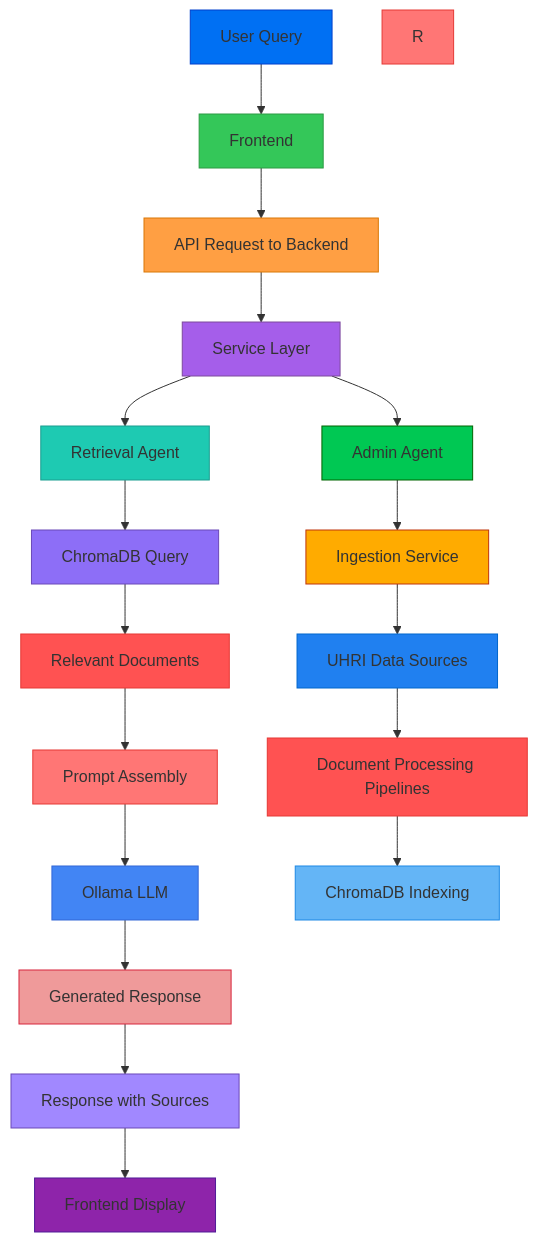
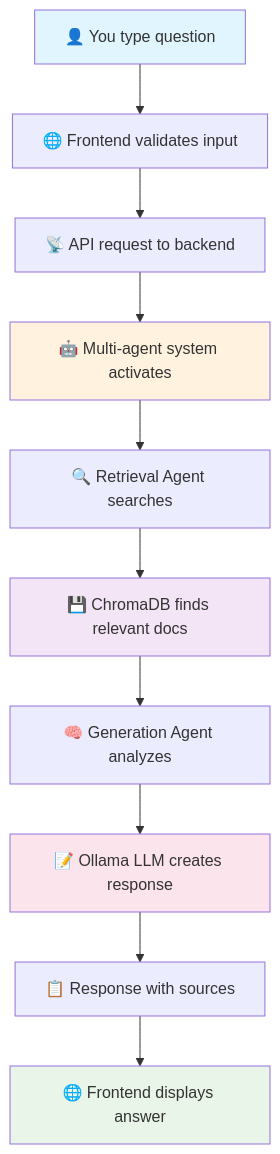
Before and after one commit to owezzy/HRAS: the diagram in docs/ARCHITECTURE.md, drawn with Mermaid. The commit also changed other lines of this file and 9 other files, not shown here.

````diff
--- a/docs/ARCHITECTURE.md
+++ b/docs/ARCHITECTURE.md
@@ -65,39 +64,18 @@
 ```mermaid
 graph TD
-    A[User Query] --> B[Frontend]
-    B --> C[API Request to Backend]
-    C --> D[Service Layer]
-    D --> E[Retrieval Agent]
-    E --> F[ChromaDB Query]
-    F --> G[Relevant Documents]
-    G --> H[Prompt Assembly]
-    H --> I[Ollama LLM]
-    I --> J[Generated Response]
-    J --> K[Response with Sources]
-    K --> L[Frontend Display]
+    A[👤 You type question] --> B[🌐 Frontend validates input]
+    B --> C[📡 API request to backend]
+    C --> D[🤖 Multi-agent system activates]
+    D --> E[🔍 Retrieval Agent searches]
+    E --> F[💾 ChromaDB finds relevant docs]
+    F --> G[🧠 Generation Agent analyzes]
+    G --> H[📝 Ollama LLM creates response]
+    H --> I[📋 Response with sources]
+    I --> J[🌐 Frontend displays answer]
     
-    D --> M[Admin Agent]
-    M --> N[Ingestion Service]
-    N --> O[UHRI Data Sources]
-    O --> P[Document Processing Pipelines]
-    P --> Q[ChromaDB Indexing]
-    
-    style A fill:#0070f3,stroke:#0040cc
-    style B fill:#34c759,stroke:#2d9b44
-    style C fill:#ff9f43,stroke:#d97706
-    style D fill:#a55eea,stroke:#7d4a9c
-    style E fill:#1ecab2,stroke:#1a9d8f
-    style F fill:#8d6ef7,stroke:#6b49b8
-    style G fill:#ff5252,stroke:#e53935
-    style H fill:#ff7675,stroke:#e53935
-    style I fill:#4285f4,stroke:#3367d6
-    style J fill:#ef9a9a,stroke:#d7263d
-    style K fill:#a188ff,stroke:#6b49b8
-    style L fill:#8e24aa,stroke:#511b98
-    style M fill:#00c853,stroke:#006400
-    style N fill:#ffab00,stroke:#bf360c
-    style O fill:#2080f0,stroke:#0066cc
-    style P fill:#ff5252,stroke:#e53935
-    style Q fill:#64b5f6,stroke:#1e88e5
-    style R fill:#ff7675,stroke:#e53935
+    style A fill:#e1f5fe
+    style J fill:#e8f5e8
+    style D fill:#fff3e0
+    style F fill:#f3e5f5
+    style H fill:#fce4ec
 ```
````
